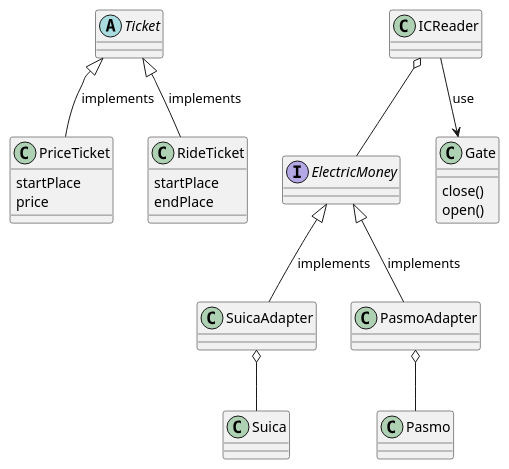
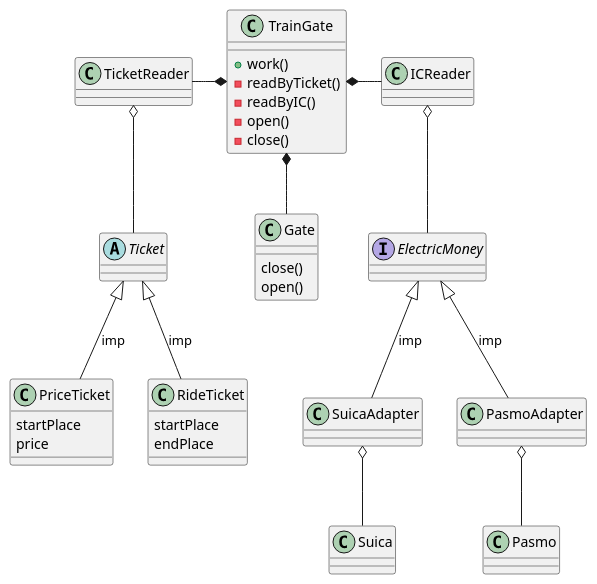
One commit to yatakeke/modeling-training changed the diagram in ticket-gate.puml. Above: the diagram before and after it, drawn with PlantUML.

Commit message:
大まかな機能の実装

```diff
--- a/ticket-gate.puml
+++ b/ticket-gate.puml
@@ -1,52 +1,68 @@
 @startuml
+
+class TrainGate {
++work()
+-readByTicket()
+-readByIC()
+-open()
+-close()
+}
+
+TrainGate *-right- ICReader
+TrainGate *-left- TicketReader
+TrainGate *-- Gate
+
+class TicketReader {
+}
+
+TicketReader o-- Ticket
 
 abstract class Ticket {
 }
 
-Ticket <|-- PriceTicket: implements
-Ticket <|-- RideTicket: implements
+Ticket <|-- PriceTicket: imp
+Ticket <|-- RideTicket: imp
 
 class PriceTicket {
 startPlace
 price
 }
 
 class RideTicket {
 startPlace
 endPlace
 }
 
 Interface ElectricMoney {
 }
 
-ElectricMoney <|-- SuicaAdapter: implements
-ElectricMoney <|-- PasmoAdapter: implements
+ElectricMoney <|-- SuicaAdapter: imp
+ElectricMoney <|-- PasmoAdapter: imp
 
 class SuicaAdapter {
 }
 SuicaAdapter o-- Suica
 
 class Suica {
 }
 
 class PasmoAdapter {
 }
 
 PasmoAdapter o-- Pasmo
 
 class Pasmo {
 }
 
 class ICReader {
 
 }
 
-ICReader --> Gate: use
 ICReader o-- ElectricMoney
 
 class Gate {
 close()
 open()
 }
 
 @enduml
```
